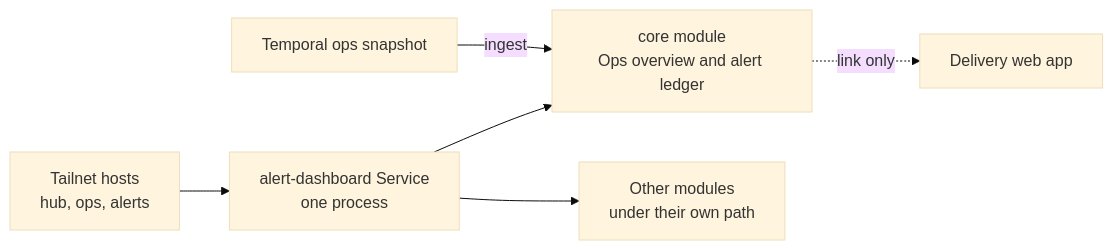
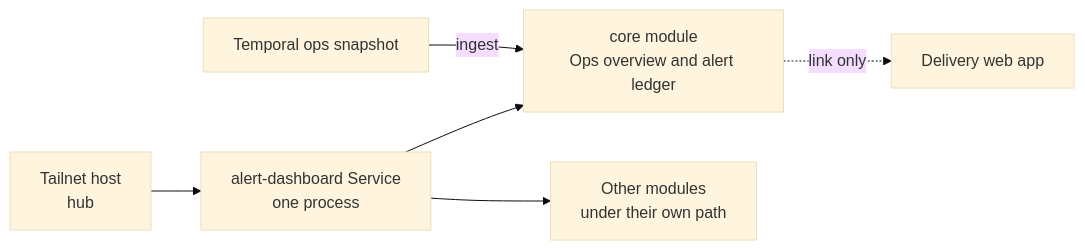
Before and after one commit to shepherdjerred/monorepo: the diagram in packages/docs/wiki/src/content/docs/explanation/homelab/hub.md, drawn with Mermaid (base theme). The commit also changed other lines of this file and 5 other files, not shown here.

First line of the commit message:
chore(homelab): serve Hub on the hub hostname only

````diff
--- a/packages/docs/wiki/src/content/docs/explanation/homelab/hub.md
+++ b/packages/docs/wiki/src/content/docs/explanation/homelab/hub.md
@@ -16,18 +16,18 @@
 ```mermaid
 flowchart LR
   accTitle: Hub, its modules, and Delivery
-  accDescr: The hub, ops, and alerts tailnet hosts all reach one alert-dashboard Service. Inside it, the core module serves the operations overview and the alert ledger, and other modules mount beside it. The Temporal ops snapshot feeds the core module. Delivery is a separate app that Hub reaches only through browser links.
+  accDescr: The hub tailnet host reaches one alert-dashboard Service. Inside it, the core module serves the operations overview and the alert ledger, and other modules mount beside it. The Temporal ops snapshot feeds the core module. Delivery is a separate app that Hub reaches only through browser links.
 
-  HOSTS[Tailnet hosts\nhub, ops, alerts]
+  HOSTS[Tailnet host\nhub]
   SVC[alert-dashboard Service\none process]
   CORE[core module\nOps overview and alert ledger]
   MODS[Other modules\nunder their own path]
   SNAP[Temporal ops snapshot]
   DELIVERY[Delivery web app]
 
   HOSTS --> SVC
   SVC --> CORE
   SVC --> MODS
   SNAP -->|ingest| CORE
   CORE -.->|link only| DELIVERY
 ```
````
